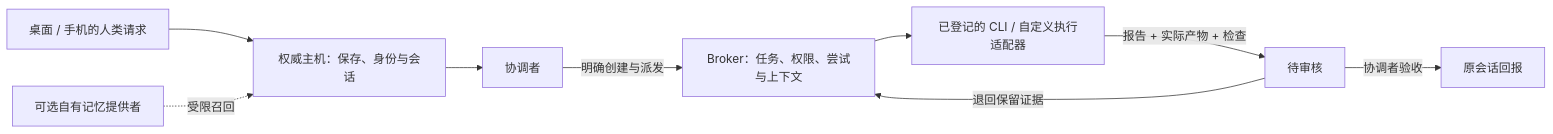
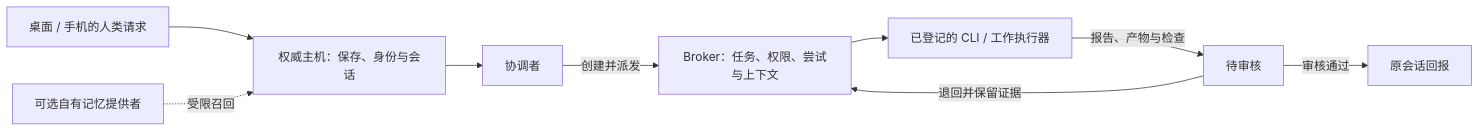
One commit to Gavriel-lab/luma-harness changed the diagram in README.md. Above: the diagram before and after it, drawn with Mermaid. The commit also changed other lines of this file and 2 other files, not shown here.

````diff
--- a/README.md
+++ b/README.md
@@ -29,11 +58,11 @@
 ```mermaid
 flowchart LR
   U[桌面 / 手机的人类请求] --> H[权威主机：保存、身份与会话]
   H --> C[协调者]
-  C -->|明确创建与派发| B[Broker：任务、权限、尝试与上下文]
-  B --> W[已登记的 CLI / 自定义执行适配器]
-  W -->|报告 + 实际产物 + 检查| R[待审核]
-  R -->|退回保留证据| B
-  R -->|协调者验收| O[原会话回报]
+  C -->|创建并派发| B[Broker：任务、权限、尝试与上下文]
+  B --> W[已登记的 CLI / 工作执行器]
+  W -->|报告、产物与检查| R[待审核]
+  R -->|退回并保留证据| B
+  R -->|审核通过| O[原会话回报]
   M[可选自有记忆提供者] -.受限召回.-> H
 ```
````
